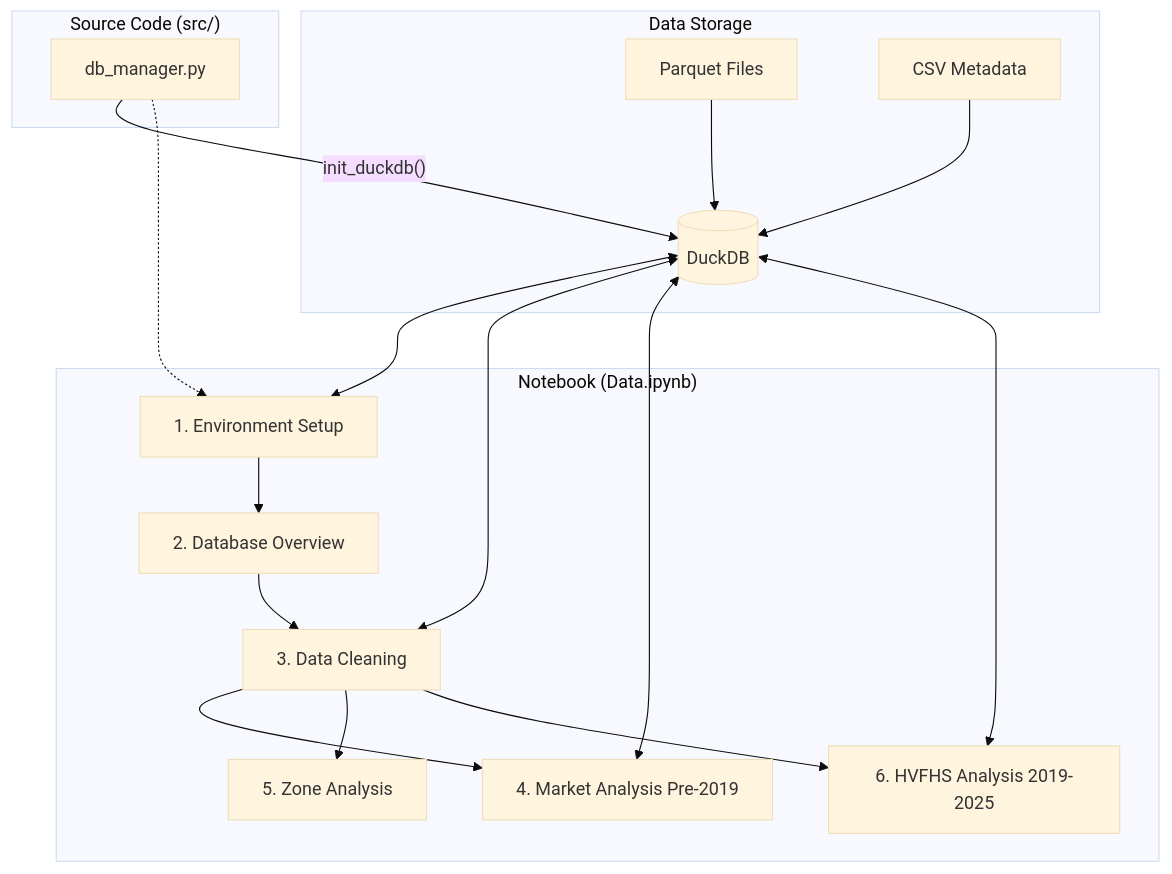
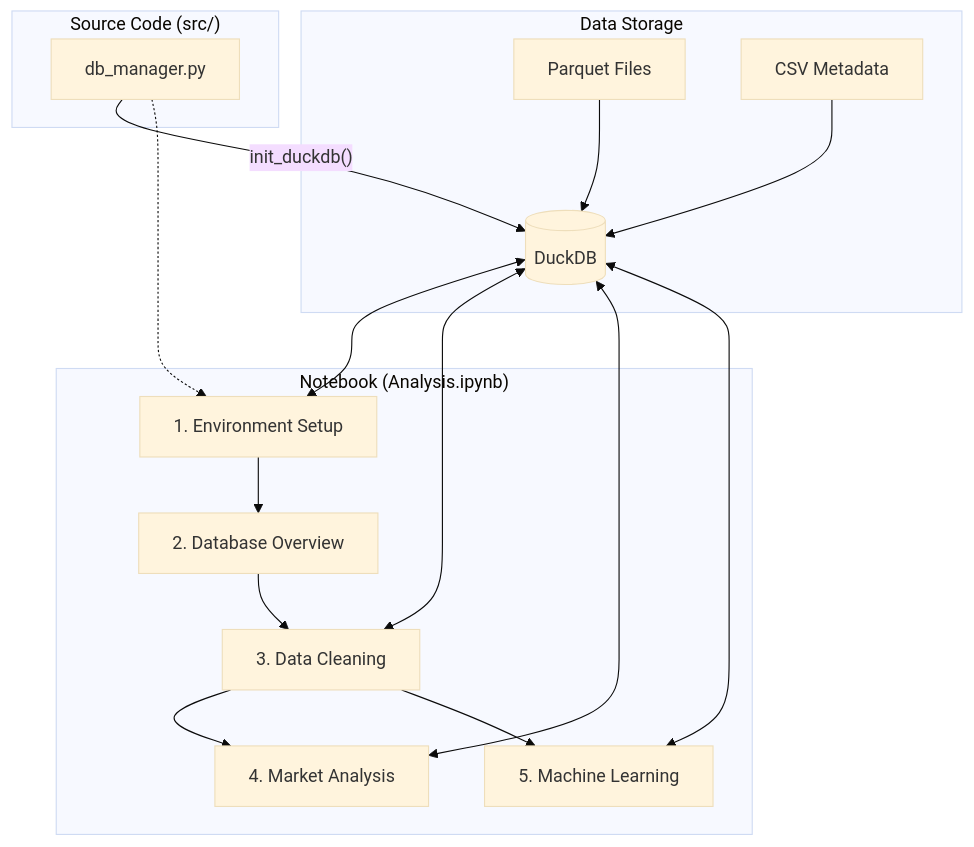
Before and after one commit to GMH-Data/DA-GSMxNYC-Market-Strategy-Analysis-Operational-Optimization: the diagram in .agents/rules/context.md, drawn with Mermaid (base theme). The commit also changed other lines of this file and 131 other files, not shown here.

````diff
--- a/.agents/rules/context.md
+++ b/.agents/rules/context.md
@@ -13,25 +33,24 @@
 ```mermaid
 graph TD
     subgraph "Data Storage"
         P[Parquet Files] --> D[(DuckDB)]
         C[CSV Metadata] --> D
     end
 
     subgraph "Source Code (src/)"
         DBM[db_manager.py] -- "init_duckdb()" --> D
     end
 
-    subgraph "Notebook (Data.ipynb)"
+    subgraph "Notebook (Analysis.ipynb)"
         Step1[1. Environment Setup] --> Step2[2. Database Overview]
         Step2 --> Step3[3. Data Cleaning]
-        Step3 --> Step4[4. Market Analysis Pre-2019]
-        Step3 --> Step5[5. Zone Analysis]
-        Step3 --> Step6[6. HVFHS Analysis 2019-2025]
+        Step3 --> Step4[4. Market Analysis]
+        Step3 --> Step5[5. Machine Learning]
     end
 
     DBM -.-> Step1
     D <--> Step1
     D <--> Step3
     D <--> Step4
-    D <--> Step6
+    D <--> Step5
 ```
````
